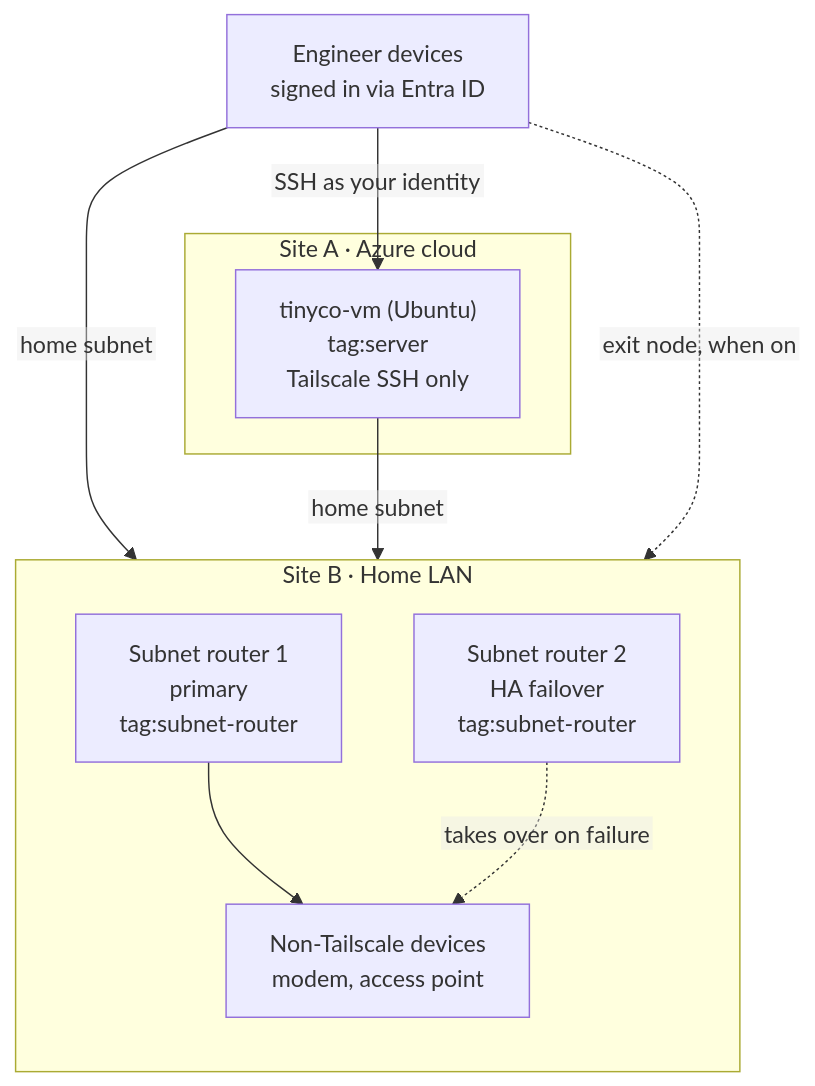
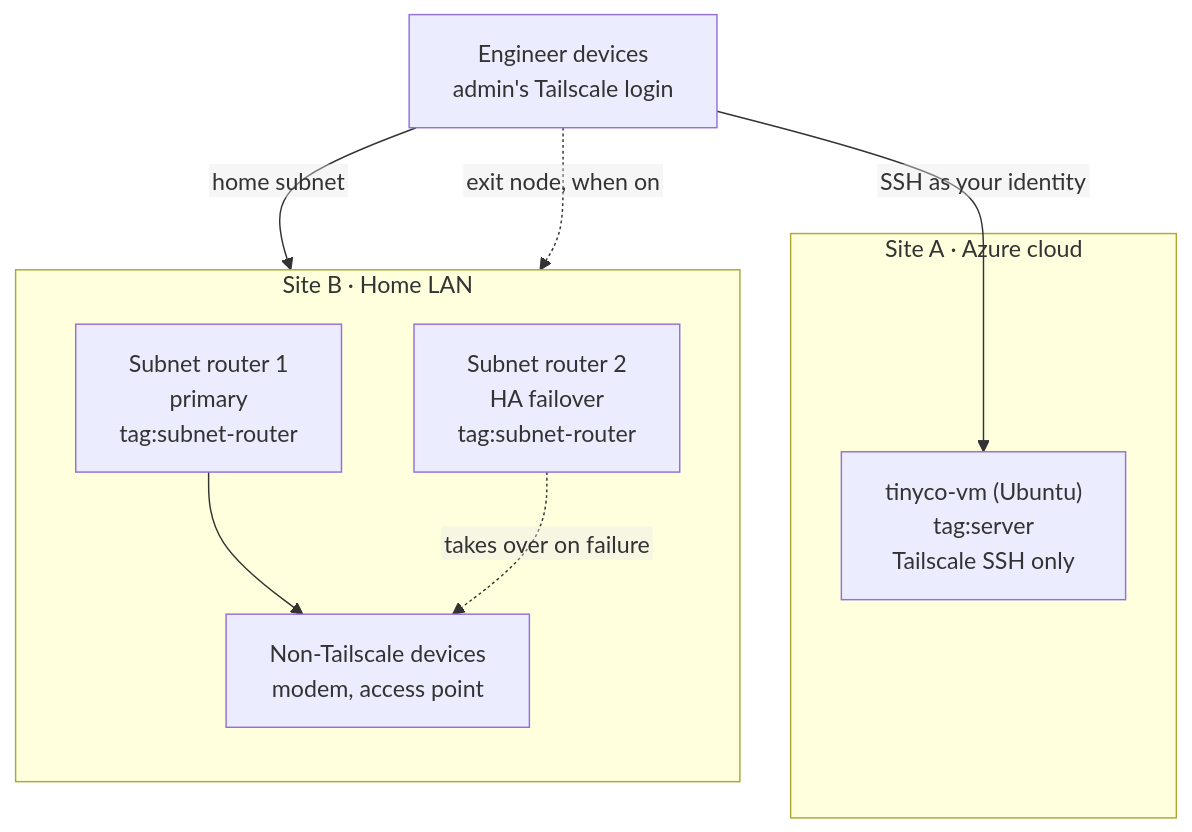
One commit to willshchang/WSHC-ZTAI-Lab changed the diagram in 02-network/README.md. Above: the diagram before and after it, drawn with Mermaid. The commit also changed other lines of this file and 13 other files, not shown here.

````diff
--- a/02-network/README.md
+++ b/02-network/README.md
@@ -44,23 +45,22 @@
 ```mermaid
 %%{init: {"flowchart": {"htmlLabels": false}}}%%
 flowchart TB
-    eng["Engineer devices<br/>signed in via Entra ID"]
+    eng["Engineer devices<br/>admin's Tailscale login"]
 
     subgraph A["Site A · Azure cloud"]
         vm["tinyco-vm (Ubuntu)<br/>tag:server<br/>Tailscale SSH only"]
     end
 
     subgraph B["Site B · Home LAN"]
         direction TB
         r1["Subnet router 1<br/>primary<br/>tag:subnet-router"]
         r2["Subnet router 2<br/>HA failover<br/>tag:subnet-router"]
         lan["Non-Tailscale devices<br/>modem, access point"]
     end
 
     eng -->|"SSH as your identity"| vm
     eng -->|"home subnet"| r1
-    vm -->|"home subnet"| r1
     eng -.->|"exit node, when on"| r1
     r1 --> lan
     r2 -.->|"takes over on failure"| lan
 ```
````
